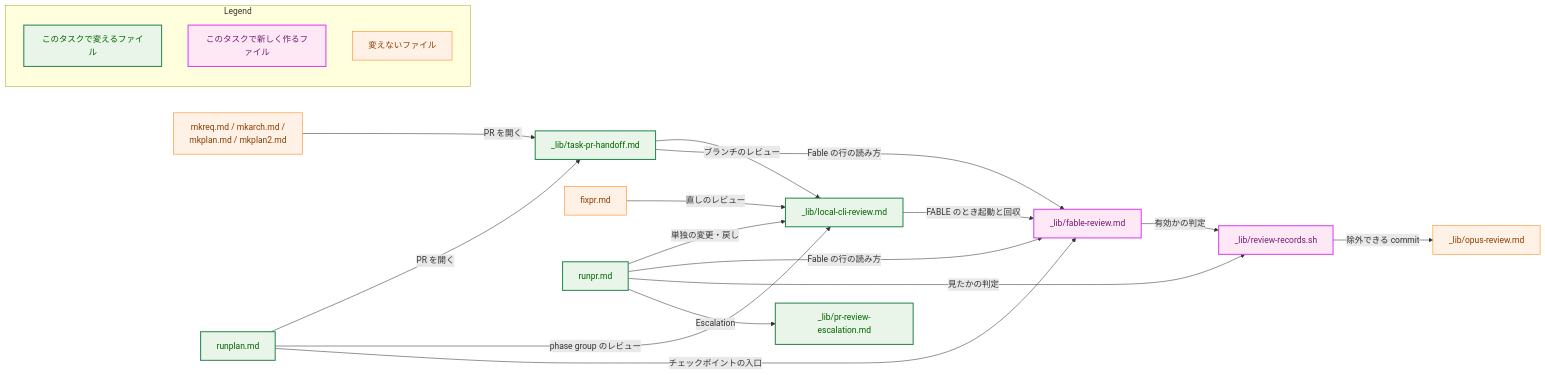
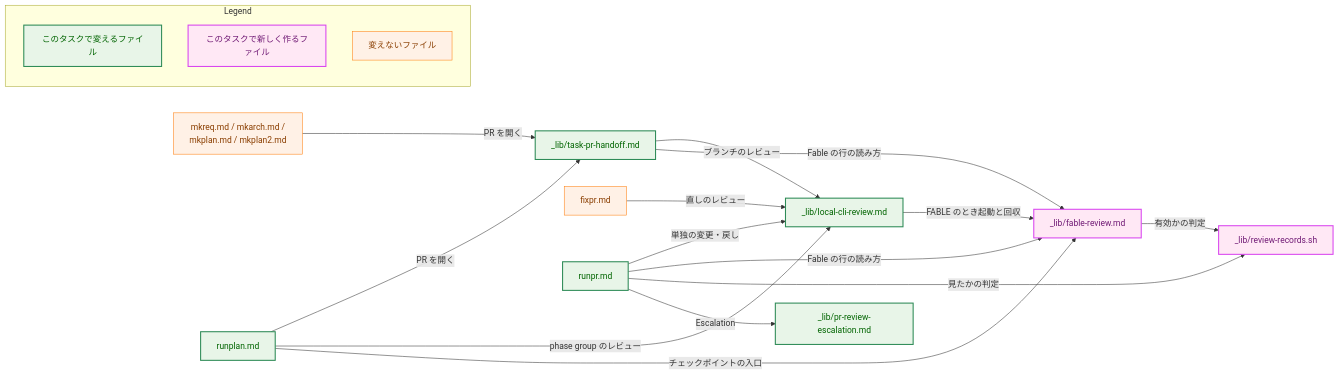
One commit to isseis/yt2column changed the second of 7 diagrams in docs/tasks/0098_fable_partial_review/02_architecture.md. Above: the diagram before and after it, drawn with Mermaid. The commit also changed other lines of this file and 2 other files, not shown here.

````diff
--- a/docs/tasks/0098_fable_partial_review/02_architecture.md
+++ b/docs/tasks/0098_fable_partial_review/02_architecture.md
@@ -136,45 +137,43 @@
 ```mermaid
 flowchart LR
     classDef process fill:#fff1e6,stroke:#ff7f0e,stroke-width:1px,color:#8a3e00;
     classDef enhanced fill:#e8f5e8,stroke:#2e8b57,stroke-width:2px,color:#006400;
     classDef newpkg fill:#ffe8f5,stroke:#d946ef,stroke-width:2px,color:#701a75;
 
     MK["mkreq.md / mkarch.md /<br>mkplan.md / mkplan2.md"]
     HANDOFF["_lib/task-pr-handoff.md"]
     RUNPLAN["runplan.md"]
     LOCAL["_lib/local-cli-review.md"]
     FIXPR["fixpr.md"]
     FABLE["_lib/fable-review.md"]
-    OPUS["_lib/opus-review.md"]
     RUNPR["runpr.md"]
     ESC["_lib/pr-review-escalation.md"]
     JUDGE["_lib/review-records.sh"]
 
     MK -->|"PR を開く"| HANDOFF
     RUNPLAN -->|"PR を開く"| HANDOFF
     HANDOFF -->|"ブランチのレビュー"| LOCAL
     RUNPLAN -->|"phase group のレビュー"| LOCAL
     FIXPR -->|"直しのレビュー"| LOCAL
     RUNPR -->|"単独の変更・戻し"| LOCAL
     LOCAL -->|"FABLE のとき起動と回収"| FABLE
     RUNPLAN -->|"チェックポイントの入口"| FABLE
     HANDOFF -->|"Fable の行の読み方"| FABLE
     RUNPR -->|"Fable の行の読み方"| FABLE
     FABLE -->|"有効かの判定"| JUDGE
     RUNPR -->|"見たかの判定"| JUDGE
     RUNPR -->|"Escalation"| ESC
-    JUDGE -->|"除外できる commit"| OPUS
 
-    class MK,FIXPR,OPUS process
+    class MK,FIXPR process
     class HANDOFF,RUNPLAN,LOCAL,RUNPR,ESC enhanced
     class FABLE,JUDGE newpkg
 
     subgraph Legend["Legend"]
         L1["このタスクで変えるファイル"]
         L2["このタスクで新しく作るファイル"]
         L3["変えないファイル"]
     end
     class L1 enhanced
     class L2 newpkg
     class L3 process
 ```
````
